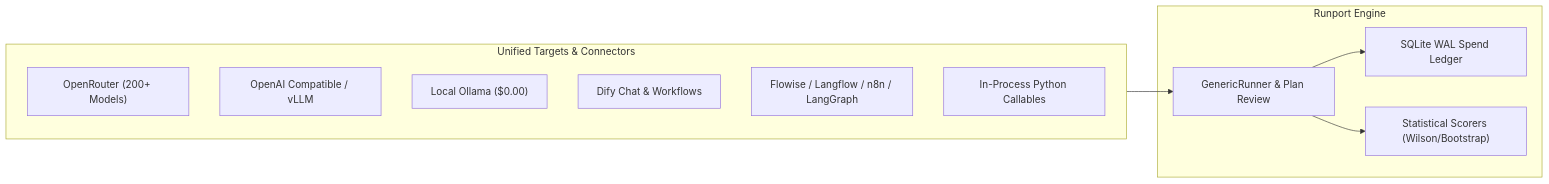
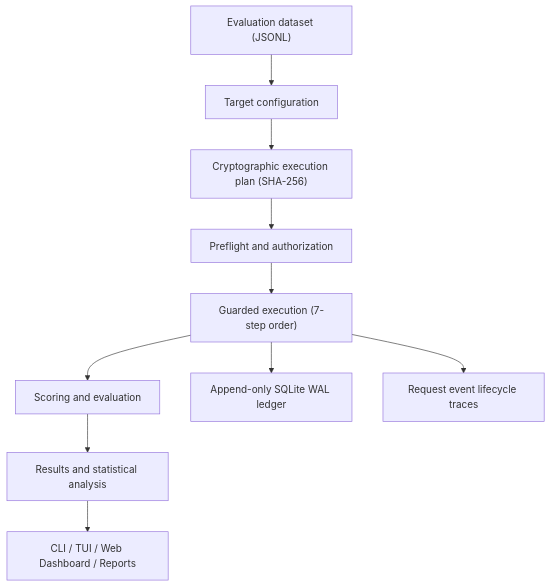
One commit to Sudharsanselvaraj/Runport changed the diagram in README.md. Above: the diagram before and after it, drawn with Mermaid. The commit also changed other lines of this file and 7 other files, not shown here.

````diff
--- a/README.md
+++ b/README.md
@@ -99,21 +109,12 @@
 ```mermaid
-graph LR
-    subgraph Targets["Unified Targets & Connectors"]
-        OpenRouter["OpenRouter (200+ Models)"]
-        OpenAI["OpenAI Compatible / vLLM"]
-        Ollama["Local Ollama ($0.00)"]
-        Dify["Dify Chat & Workflows"]
-        Workflows["Flowise / Langflow / n8n / LangGraph"]
-        Python["In-Process Python Callables"]
-    end
-
-    subgraph RunportEngine["Runport Engine"]
-        Runner["GenericRunner & Plan Review"]
-        Ledger["SQLite WAL Spend Ledger"]
-        Scorer["Statistical Scorers (Wilson/Bootstrap)"]
-    end
-
-    Targets --> Runner
-    Runner --> Ledger
-    Runner --> Scorer
+flowchart TD
+    A["Evaluation dataset (JSONL)"] --> B["Target configuration"]
+    B --> C["Cryptographic execution plan (SHA-256)"]
+    C --> D["Preflight and authorization"]
+    D --> E["Guarded execution (7-step order)"]
+    E --> F["Scoring and evaluation"]
+    F --> G["Results and statistical analysis"]
+    G --> H["CLI / TUI / Web Dashboard / Reports"]
+    E --> I["Append-only SQLite WAL ledger"]
+    E --> J["Request event lifecycle traces"]
 ```
````
